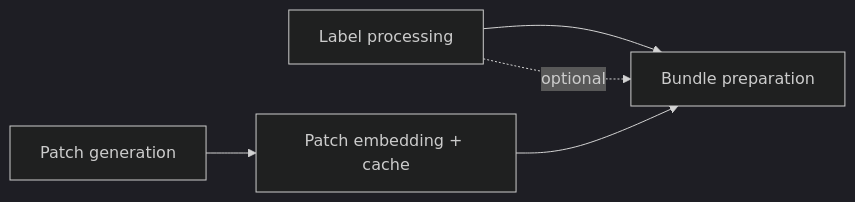
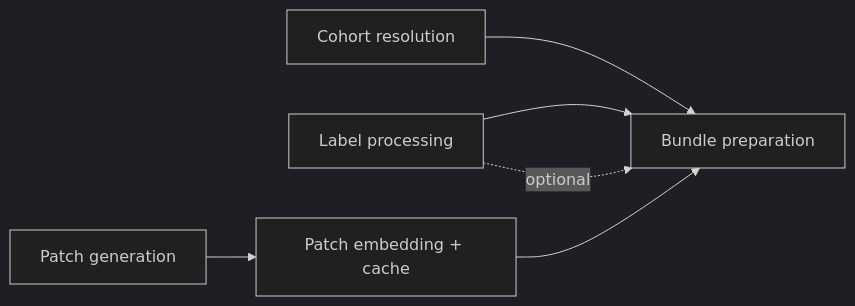
The diagram in docs/design/05-dataset-preprocessing.md (TheodorLindberg/SPRINTER_CLAM_DESIGN), drawn with Mermaid (dark theme) before and after one commit. The commit also changed other lines of this file and 7 other files, not shown here.

First line of the commit message:
Make cohort resolution an explicit pipeline step

````diff
--- a/docs/design/05-dataset-preprocessing.md
+++ b/docs/design/05-dataset-preprocessing.md
@@ -9,7 +9,8 @@
 ```mermaid
 flowchart LR
+    RC[Cohort resolution] --> BN
     L[Label processing] --> BN
     P[Patch generation] --> E[Patch embedding + cache]
     E --> BN[Bundle preparation]
     L -.optional.-> BN
 ```
````
